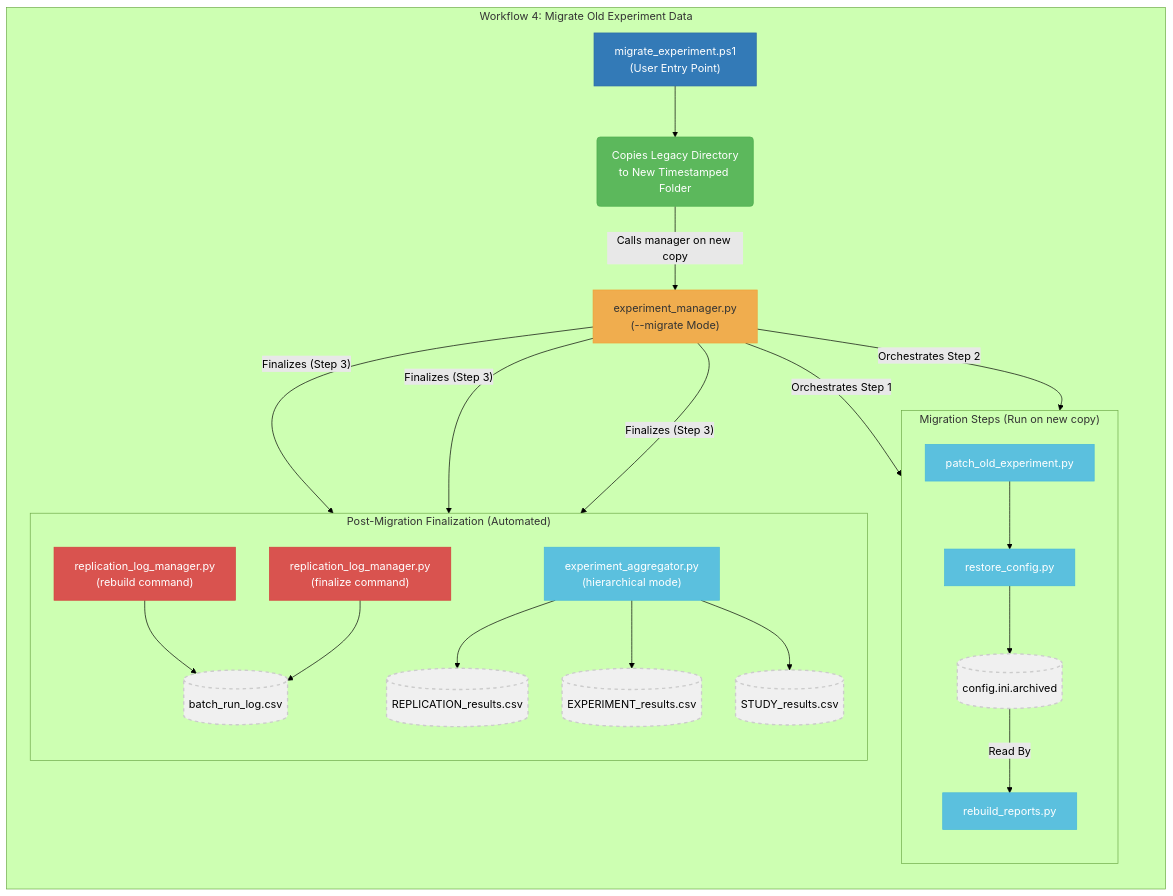
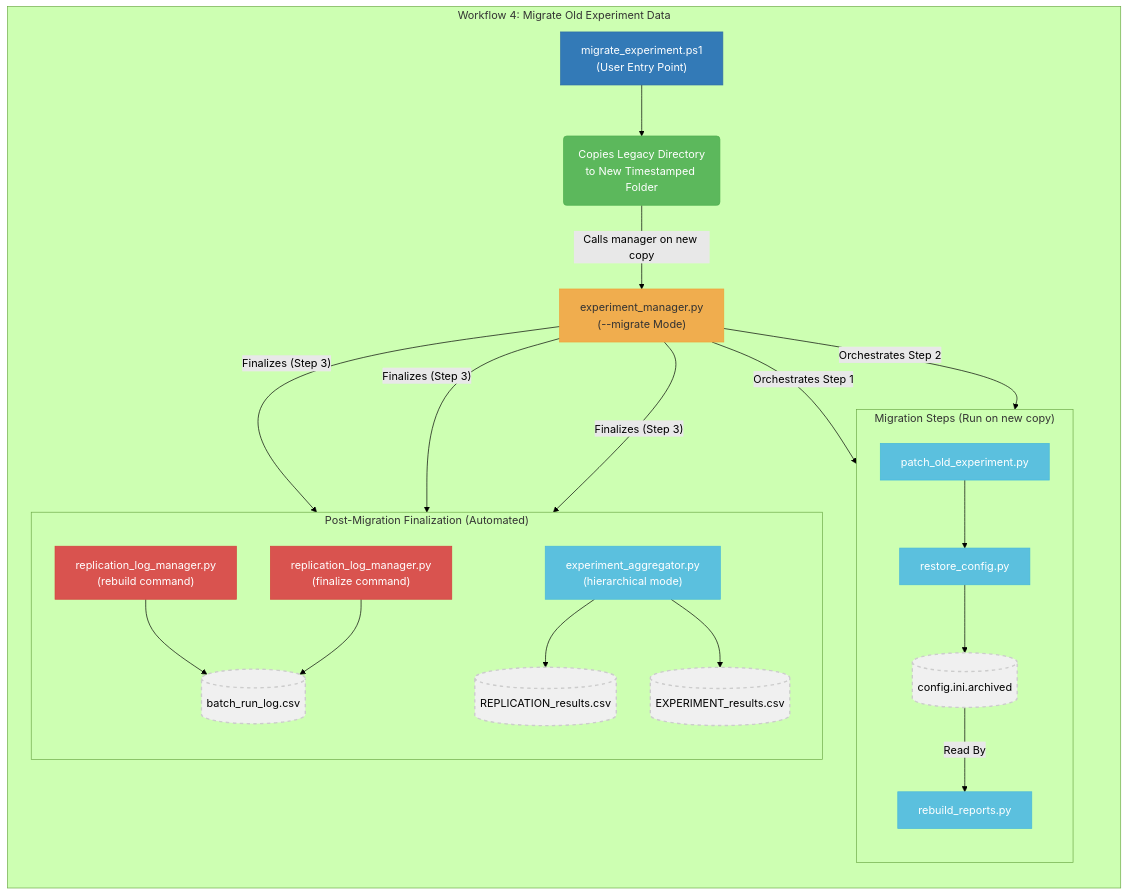
One commit to peterjmarko/llm-narrative-framework changed the diagram in docs/diagrams/architecture_workflow_4_migrate_data.mmd. Above: the diagram before and after it, drawn with Mermaid (forest theme). The commit also changed 3 other files, not shown here.

First line of the commit message:
fix(migration-and-update): resolve infinite-migration loop and drop STUDY_results.csv

```diff
--- a/docs/diagrams/architecture_workflow_4_migrate_data.mmd
+++ b/docs/diagrams/architecture_workflow_4_migrate_data.mmd
@@ -1,71 +1,67 @@
 graph TD
     %% 1. Define all nodes first
     EntryPointPS["migrate_experiment.ps1<br/>(User Entry Point)"]:::entry_ps
     CopyStep("Copies Legacy Directory<br/>to New Timestamped Folder"):::action
     EntryPointPy["experiment_manager.py<br/>(--migrate Mode)"]:::entry_py
     
     PatchOld["patch_old_experiment.py"]:::script
     RestoreConfig["restore_config.py"]:::script
     ArchivedConfig[("config.ini.archived")]:::artifact
     RebuildReports["rebuild_reports.py"]:::script
     
     LogManagerRebuild["replication_log_manager.py<br/>(rebuild command)"]:::danger
     BatchRunLog[("batch_run_log.csv")]:::artifact
     Aggregator["experiment_aggregator.py<br/>(hierarchical mode)"]:::script
     ReplResults[("REPLICATION_results.csv")]:::artifact
     ExpResults[("EXPERIMENT_results.csv")]:::artifact
     LogManagerFinalize["replication_log_manager.py<br/>(finalize command)"]:::danger
-    
-    FinalArtifacts[("STUDY_results.csv")]:::artifact
 
     %% 2. Define connections
     EntryPointPS --> CopyStep
     CopyStep -- "Calls manager on new copy" --> EntryPointPy
     
     EntryPointPy -- "Orchestrates Step 1" --> PatchOld
     PatchOld --> RestoreConfig
     RestoreConfig --> ArchivedConfig
     ArchivedConfig -- "Read By" --> RebuildReports
     EntryPointPy -- "Orchestrates Step 2" --> RebuildReports
     
     EntryPointPy -- "Finalizes (Step 3)" --> LogManagerRebuild
     LogManagerRebuild --> BatchRunLog
     EntryPointPy -- "Finalizes (Step 3)" --> Aggregator
     Aggregator --> ReplResults
     Aggregator --> ExpResults
-    Aggregator --> FinalArtifacts
     EntryPointPy -- "Finalizes (Step 3)" --> LogManagerFinalize
     LogManagerFinalize --> BatchRunLog
 
     %% 3. Group nodes into subgraphs
     subgraph "Workflow 4: Migrate Old Experiment Data"
         direction TB
         EntryPointPS
         CopyStep
         EntryPointPy
         subgraph "Migration Steps (Run on new copy)"
             direction TB
             PatchOld
             RestoreConfig
             ArchivedConfig
             RebuildReports
         end
         subgraph "Post-Migration Finalization (Automated)"
             direction TB
             LogManagerRebuild
             BatchRunLog
             Aggregator
             ReplResults
             ExpResults
-            FinalArtifacts
             LogManagerFinalize
         end
     end
 
     %% 4. Styling
     classDef entry_ps fill:#337ab7,stroke:#2e6da4,color:#fff;
     classDef action fill:#5cb85c,stroke:#4cae4c,color:#fff;
     classDef entry_py fill:#f0ad4e,stroke:#eea236,color:#333;
     classDef script fill:#5bc0de,stroke:#46b8da,color:#fff;
     classDef danger fill:#d9534f,stroke:#d43f3a,color:#fff;
     classDef artifact fill:#f0f0f0,stroke:#ccc,stroke-width:2px,stroke-dasharray: 5 5;
```
